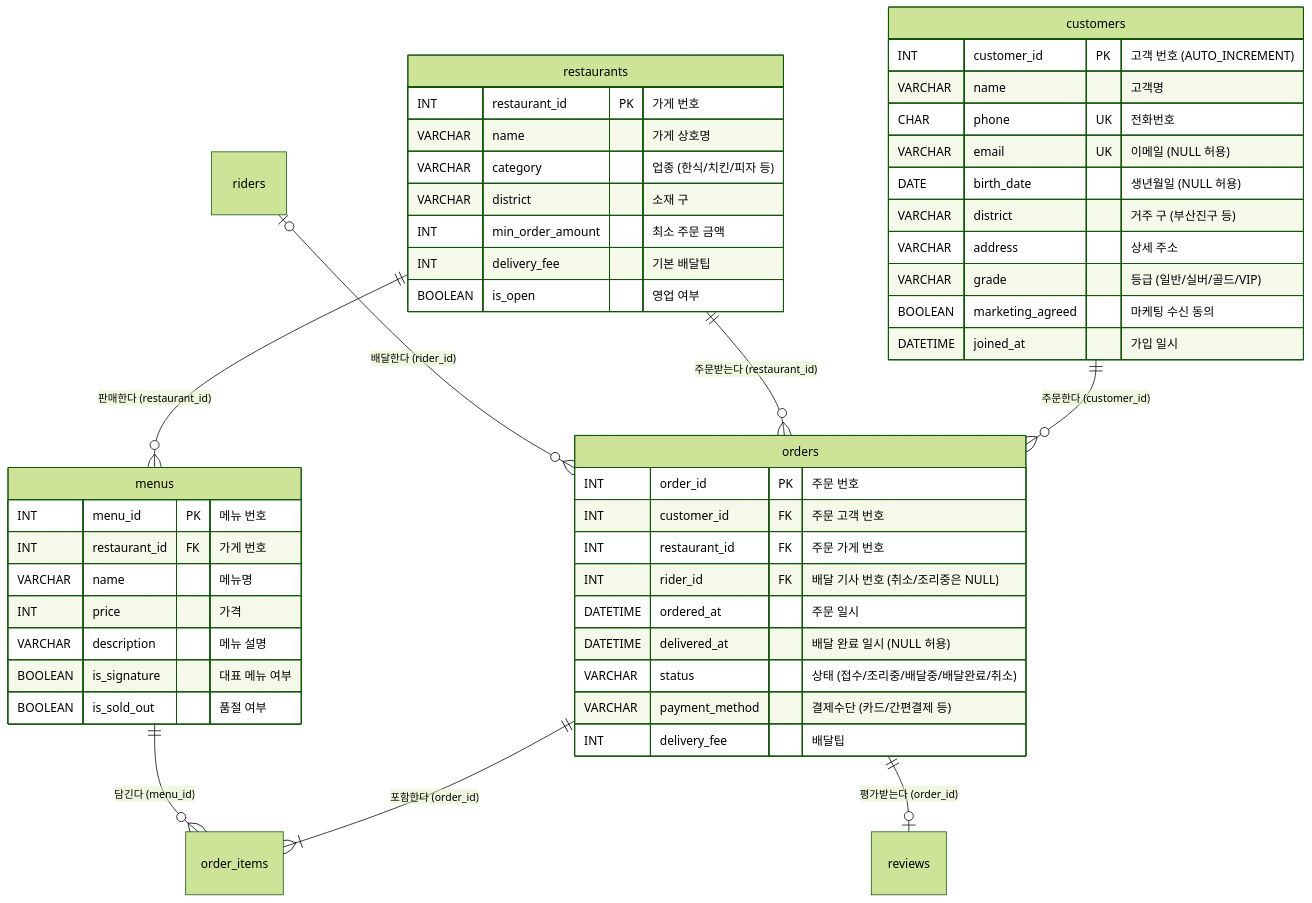
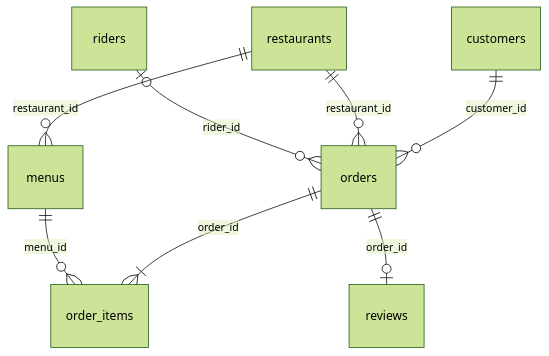
Before and after one commit to minjae0529-blip/DB-STUDY: the diagram in README.md, drawn with Mermaid (forest theme). The commit also changed other lines of this file and 76 other files, not shown here.

````diff
--- a/README.md
+++ b/README.md
@@ -68,52 +47,10 @@
 ```mermaid
 erDiagram
-    customers   ||--o{ orders       : "주문한다 (customer_id)"
-    restaurants ||--o{ orders       : "주문받는다 (restaurant_id)"
-    riders      |o--o{ orders       : "배달한다 (rider_id)"
-    restaurants ||--o{ menus        : "판매한다 (restaurant_id)"
-    orders      ||--|{ order_items  : "포함한다 (order_id)"
-    menus       ||--o{ order_items  : "담긴다 (menu_id)"
-    orders      ||--o| reviews      : "평가받는다 (order_id)"
-
-    customers {
-        INT customer_id PK "고객 번호 (AUTO_INCREMENT)"
-        VARCHAR name "고객명"
-        CHAR phone UK "전화번호"
-        VARCHAR email UK "이메일 (NULL 허용)"
-        DATE birth_date "생년월일 (NULL 허용)"
-        VARCHAR district "거주 구 (부산진구 등)"
-        VARCHAR address "상세 주소"
-        VARCHAR grade "등급 (일반/실버/골드/VIP)"
-        BOOLEAN marketing_agreed "마케팅 수신 동의"
-        DATETIME joined_at "가입 일시"
-    }
-    restaurants {
-        INT restaurant_id PK "가게 번호"
-        VARCHAR name "가게 상호명"
-        VARCHAR category "업종 (한식/치킨/피자 등)"
-        VARCHAR district "소재 구"
-        INT min_order_amount "최소 주문 금액"
-        INT delivery_fee "기본 배달팁"
-        BOOLEAN is_open "영업 여부"
-    }
-    menus {
-        INT menu_id PK "메뉴 번호"
-        INT restaurant_id FK "가게 번호"
-        VARCHAR name "메뉴명"
-        INT price "가격"
-        VARCHAR description "메뉴 설명"
-        BOOLEAN is_signature "대표 메뉴 여부"
-        BOOLEAN is_sold_out "품절 여부"
-    }
-    orders {
-        INT order_id PK "주문 번호"
-        INT customer_id FK "주문 고객 번호"
-        INT restaurant_id FK "주문 가게 번호"
-        INT rider_id FK "배달 기사 번호 (취소/조리중은 NULL)"
-        DATETIME ordered_at "주문 일시"
-        DATETIME delivered_at "배달 완료 일시 (NULL 허용)"
-        VARCHAR status "상태 (접수/조리중/배달중/배달완료/취소)"
-        VARCHAR payment_method "결제수단 (카드/간편결제 등)"
-        INT delivery_fee "배달팁"
-    }
+    customers   ||--o{ orders       : "customer_id"
+    restaurants ||--o{ orders       : "restaurant_id"
+    riders      |o--o{ orders       : "rider_id"
+    restaurants ||--o{ menus        : "restaurant_id"
+    orders      ||--|{ order_items  : "order_id"
+    menus       ||--o{ order_items  : "menu_id"
+    orders      ||--o| reviews      : "order_id"
 ```
````
